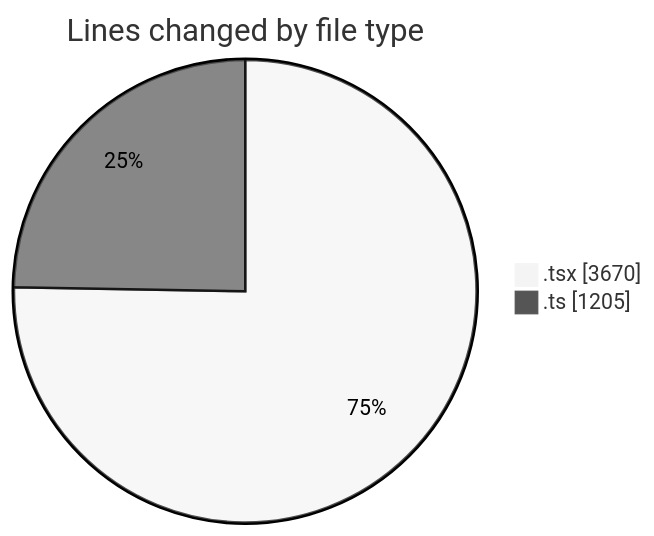
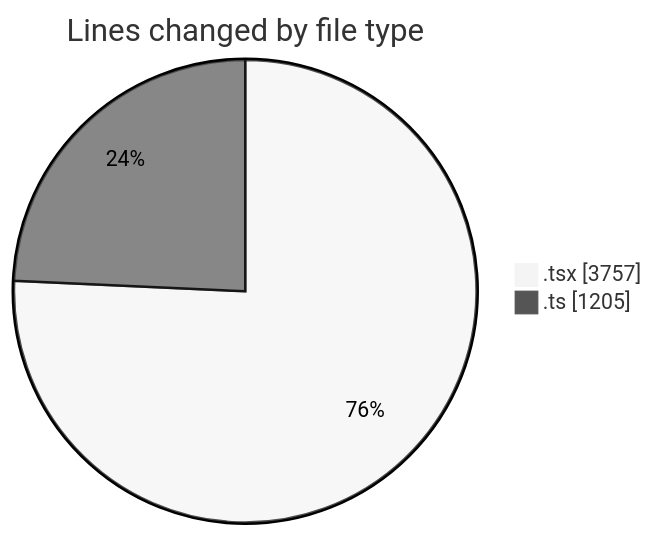
One commit to nxtqubesakshisongat/code-tracking changed the first of 2 diagrams in 2026-02-18/nxtqube_webapp/README.md. Above: the diagram before and after it, drawn with Mermaid (neutral theme). The commit also changed other lines of this file and 1 other file, not shown here.

````diff
--- a/2026-02-18/nxtqube_webapp/README.md
+++ b/2026-02-18/nxtqube_webapp/README.md
@@ -28,6 +28,6 @@
 ```mermaid
 pie showData
 title Lines changed by file type
-".tsx" : 3670
+".tsx" : 3757
 ".ts" : 1205
 ```
````
